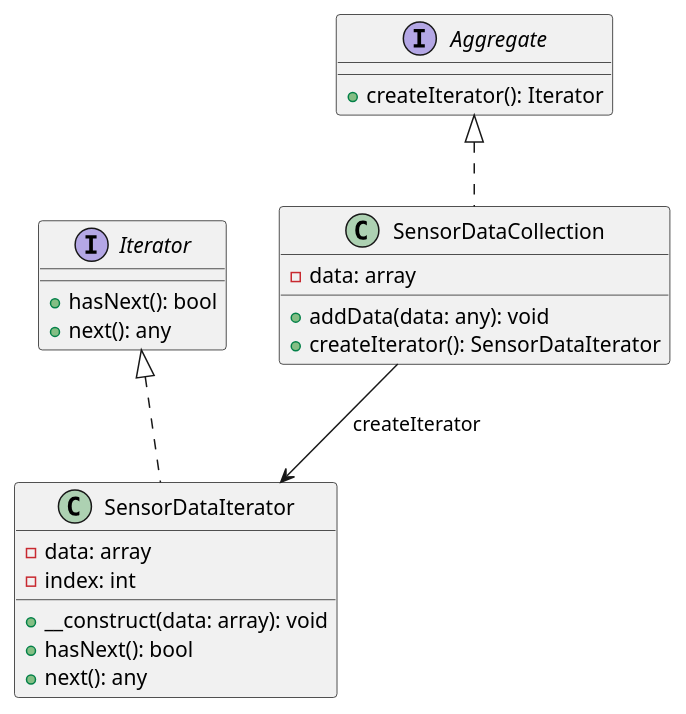
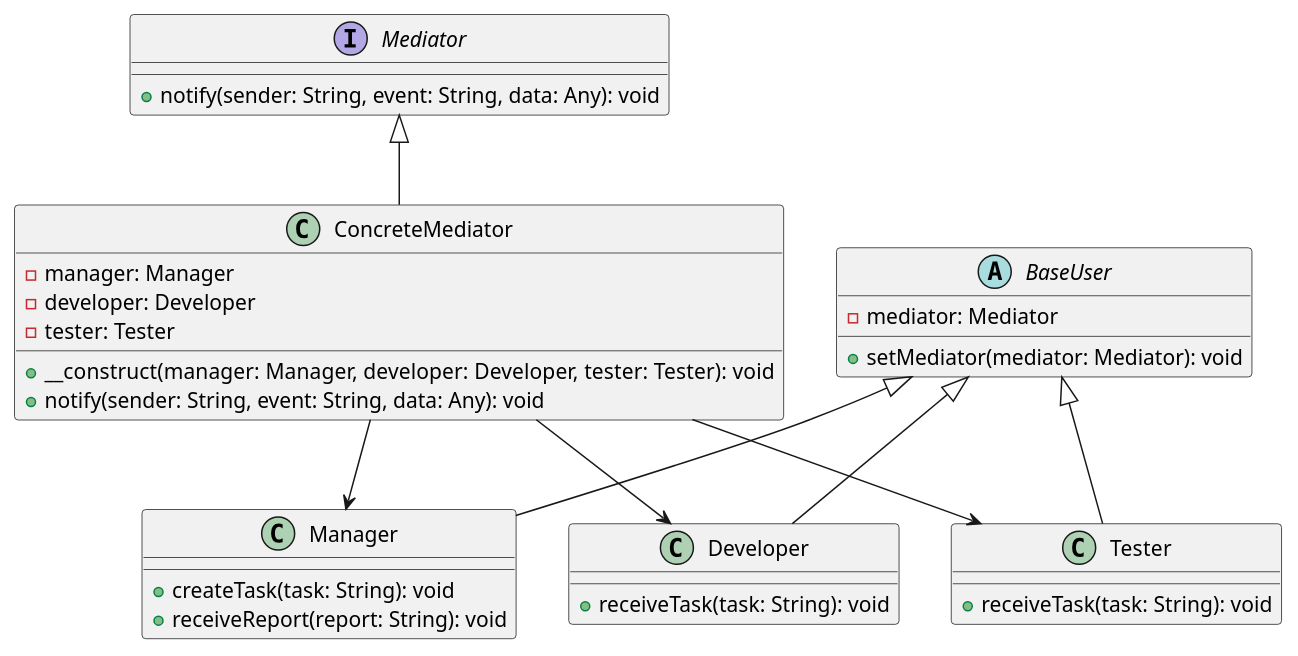
One commit to andrewovchinnikov/design-patterns changed the diagram in klassifikaciya-patternov/povedencheskie-patterny-behavioral-patterns/posrednik-mediator/primery/koordinaciya-zadach-v-sisteme-upravleniya-proektami/php.md. Above: the diagram before and after it, drawn with PlantUML. The commit also changed other lines of this file and 105 other files, not shown here.

````diff
--- a/klassifikaciya-patternov/povedencheskie-patterny-behavioral-patterns/posrednik-mediator/primery/koordinaciya-zadach-v-sisteme-upravleniya-proektami/php.md
+++ b/klassifikaciya-patternov/povedencheskie-patterny-behavioral-patterns/posrednik-mediator/primery/koordinaciya-zadach-v-sisteme-upravleniya-proektami/php.md
@@ -114,28 +145,41 @@
 ```plantuml
 @startuml
-interface Iterator {
-    +hasNext(): bool
-    +next(): any
+interface Mediator {
+    +notify(sender: String, event: String, data: Any): void
 }
 
-interface Aggregate {
-    +createIterator(): Iterator
+class ConcreteMediator {
+    -manager: Manager
+    -developer: Developer
+    -tester: Tester
+    +__construct(manager: Manager, developer: Developer, tester: Tester): void
+    +notify(sender: String, event: String, data: Any): void
 }
 
-class SensorDataCollection implements Aggregate {
-    -data: array
-    +addData(data: any): void
-    +createIterator(): SensorDataIterator
+abstract class BaseUser {
+    -mediator: Mediator
+    +setMediator(mediator: Mediator): void
 }
 
-class SensorDataIterator implements Iterator {
-    -data: array
-    -index: int
-    +__construct(data: array): void
-    +hasNext(): bool
-    +next(): any
+class Manager {
+    +createTask(task: String): void
+    +receiveReport(report: String): void
 }
 
-SensorDataCollection --> SensorDataIterator: createIterator
+class Developer {
+    +receiveTask(task: String): void
+}
+
+class Tester {
+    +receiveTask(task: String): void
+}
+
+Mediator <|-- ConcreteMediator
+BaseUser <|-- Manager
+BaseUser <|-- Developer
+BaseUser <|-- Tester
+ConcreteMediator --> Manager
+ConcreteMediator --> Developer
+ConcreteMediator --> Tester
 @enduml
 ```
````
